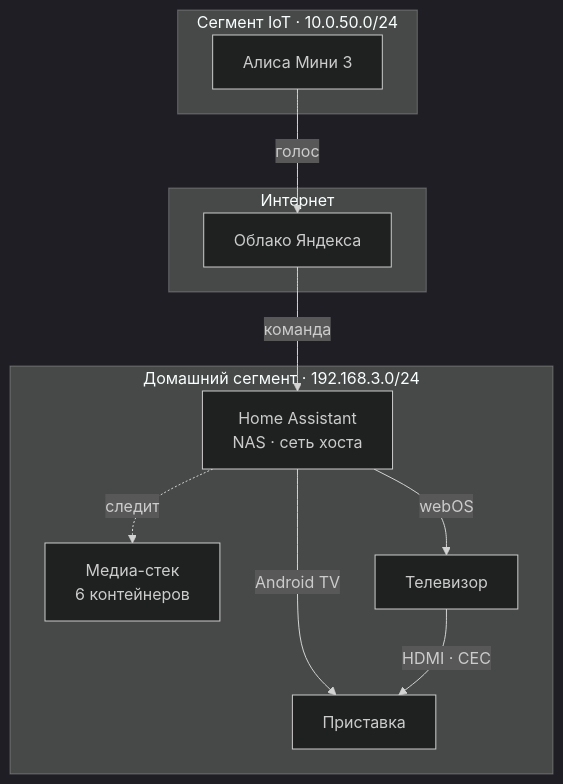
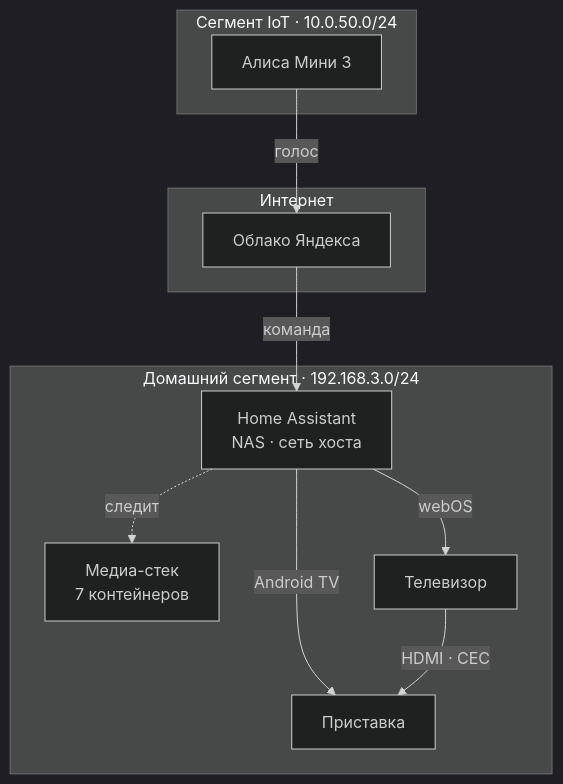
Before and after one commit to hhypest/hh-homelab: the diagram in README.md, drawn with Mermaid (dark theme). The commit also changed other lines of this file and 36 other files, not shown here.

````diff
--- a/README.md
+++ b/README.md
@@ -74,22 +74,22 @@
 ```mermaid
 flowchart TB
     subgraph iot [Сегмент IoT · 10.0.50.0/24]
         AL[Алиса Мини 3]
     end
     subgraph net [Интернет]
         YA[Облако Яндекса]
     end
     subgraph home [Домашний сегмент · 192.168.3.0/24]
         HA[Home Assistant<br/>NAS · сеть хоста]
-        ST[Медиа-стек<br/>6 контейнеров]
+        ST[Медиа-стек<br/>7 контейнеров]
         TV[Телевизор]
         GX[Приставка]
     end
 
     AL -- голос --> YA
     YA -- команда --> HA
     HA -. следит .-> ST
     HA -- webOS --> TV
     HA -- Android TV --> GX
     TV -- HDMI · CEC --> GX
 ```
````
